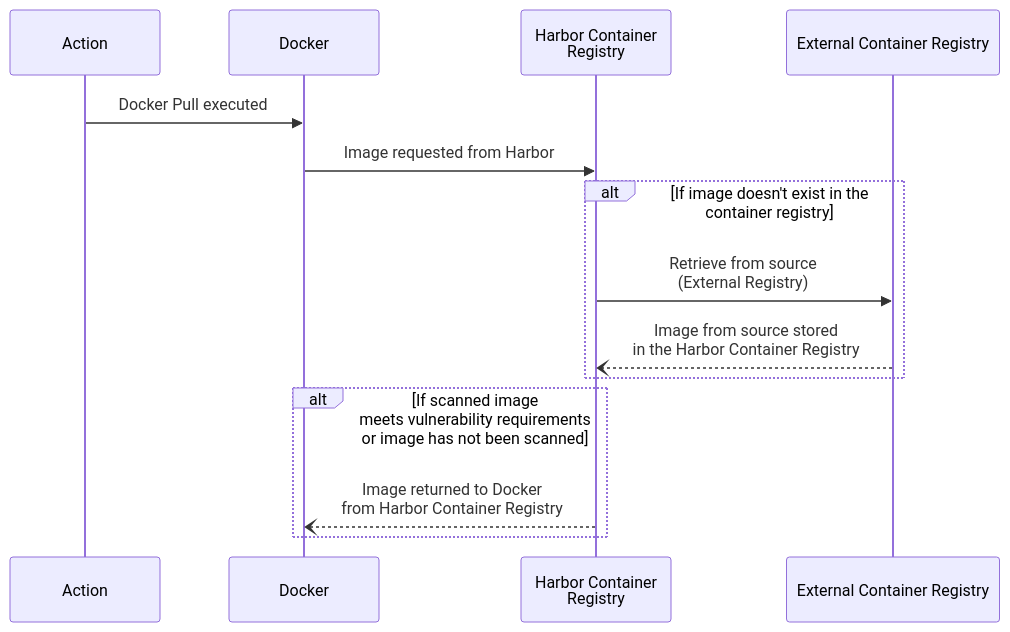
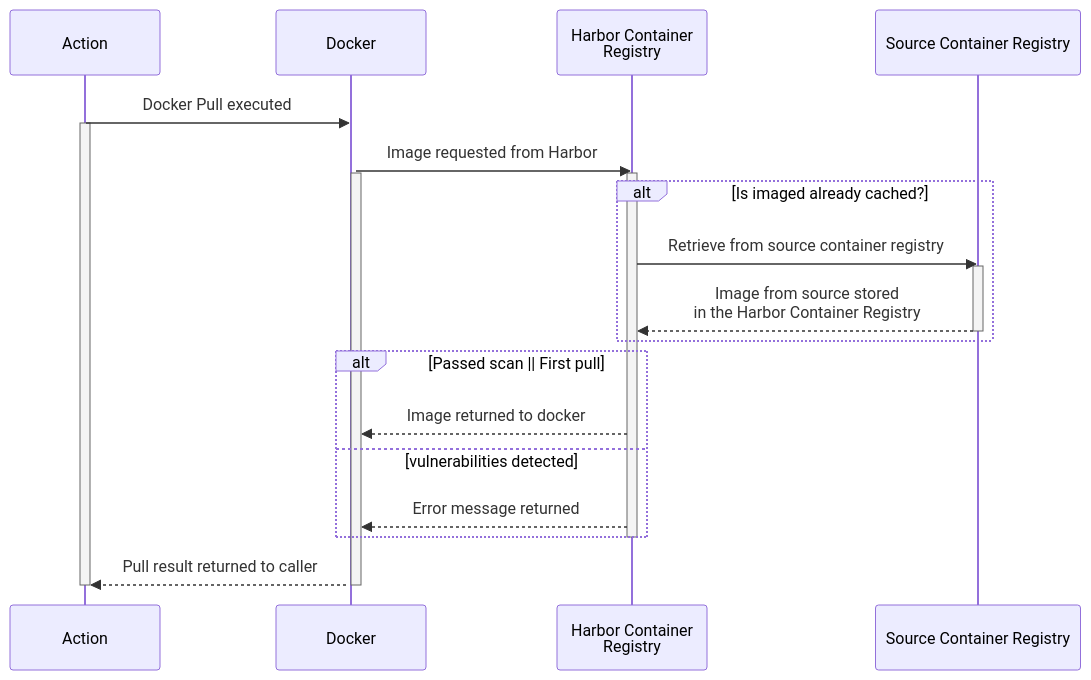
Before and after one commit to retaildevcrews/ngsa-asb: the second of 5 diagrams in spikes/harbor/harborflows.md, drawn with Mermaid. The commit also changed other lines of this file, not shown here.

Commit message:
Updated the first two diagrams

````diff
--- a/spikes/harbor/harborflows.md
+++ b/spikes/harbor/harborflows.md
@@ -25,17 +36,30 @@
 ```mermaid
 sequenceDiagram
     participant action  as Action 
     participant docker  as Docker
     participant harbor  as Harbor Container <br> Registry
-    participant ecr     as External Container Registry
+    participant ecr     as Source Container Registry
 
-    action     ->> docker: Docker Pull executed
-    docker     ->> harbor: Image requested from Harbor
-    alt If image doesn't exist in the container registry
-        harbor    ->> ecr: Retrieve from source <br> (External Registry)
-        ecr        --) harbor: Image from source stored <br> in the Harbor Container Registry
-        end
-    alt If scanned image <br> meets vulnerability requirements <br> or image has not been scanned
-        harbor     --)  docker: Image returned to Docker <br> from Harbor Container Registry
-        end
+    action  ->> docker: Docker Pull executed
+    activate action
+    activate docker
+    docker  ->> harbor: Image requested from Harbor
+    activate docker
+    activate harbor
+    alt Is imaged already cached?
+        harbor  ->> ecr: Retrieve from source container registry
+        activate ecr
+        ecr    -->> harbor: Image from source stored <br> in the Harbor Container Registry
+        deactivate ecr
+    end
+    alt Passed scan || First pull
+        harbor -->> docker: Image returned to docker
+    else vulnerabilities detected
+        harbor -->> docker: Error message returned
+    end
+    deactivate harbor
+    docker -->> action: Pull result returned to caller
+    deactivate docker
+    deactivate action
+    
 ```
````
